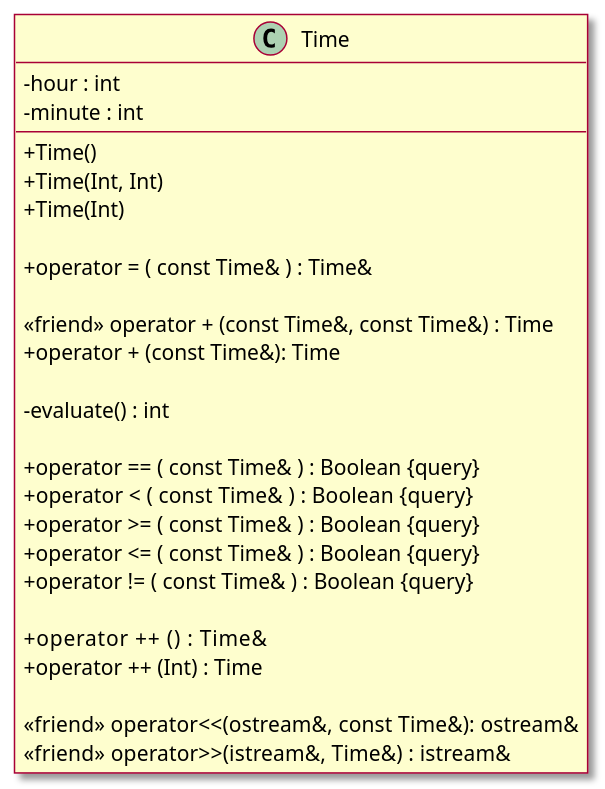
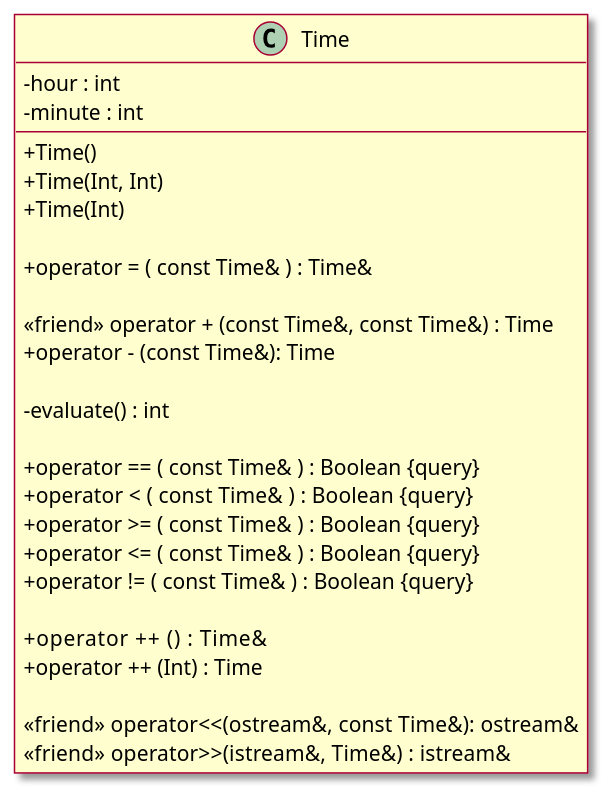
The diagram in content/docs/cours/03_Surcharge_des_operateurs.md (HE-Arc/1242.2-Langage_CPP), drawn with PlantUML before and after one commit. The commit also changed other lines of this file, not shown here.

```diff
--- a/content/docs/cours/03_Surcharge_des_operateurs.md
+++ b/content/docs/cours/03_Surcharge_des_operateurs.md
@@ -737,35 +736,35 @@
 {{< plantuml id="chap3_exo1.1">}}
 @startuml
 skin rose
 skinparam classAttributeIconSize 0
 
 class Time {
     - hour : int
     - minute : int
 
 + Time()
 + Time(Int, Int)
 + Time(Int)
 
 + operator = ( const Time& ) : Time& 
 
 <<friend>> operator + (const Time&, const Time&) : Time
-+ operator + (const Time&): Time
++ operator - (const Time&): Time
 
 - evaluate() : int
 
 + operator == ( const Time& ) : Boolean {query}
 + operator <  ( const Time& ) : Boolean {query}
 + operator >= ( const Time& ) : Boolean {query}
 + operator <= ( const Time& ) : Boolean {query}
 + operator != ( const Time& ) : Boolean {query}
 
 + operator ++ ()    : Time& 
 + operator ++ (Int) : Time 
 
 <<friend>> operator<<(ostream&,  const Time&): ostream& 
 <<friend>> operator>>(istream&,  Time&) : istream& 
 
 } 
 @enduml
 {{< /plantuml >}}
```
